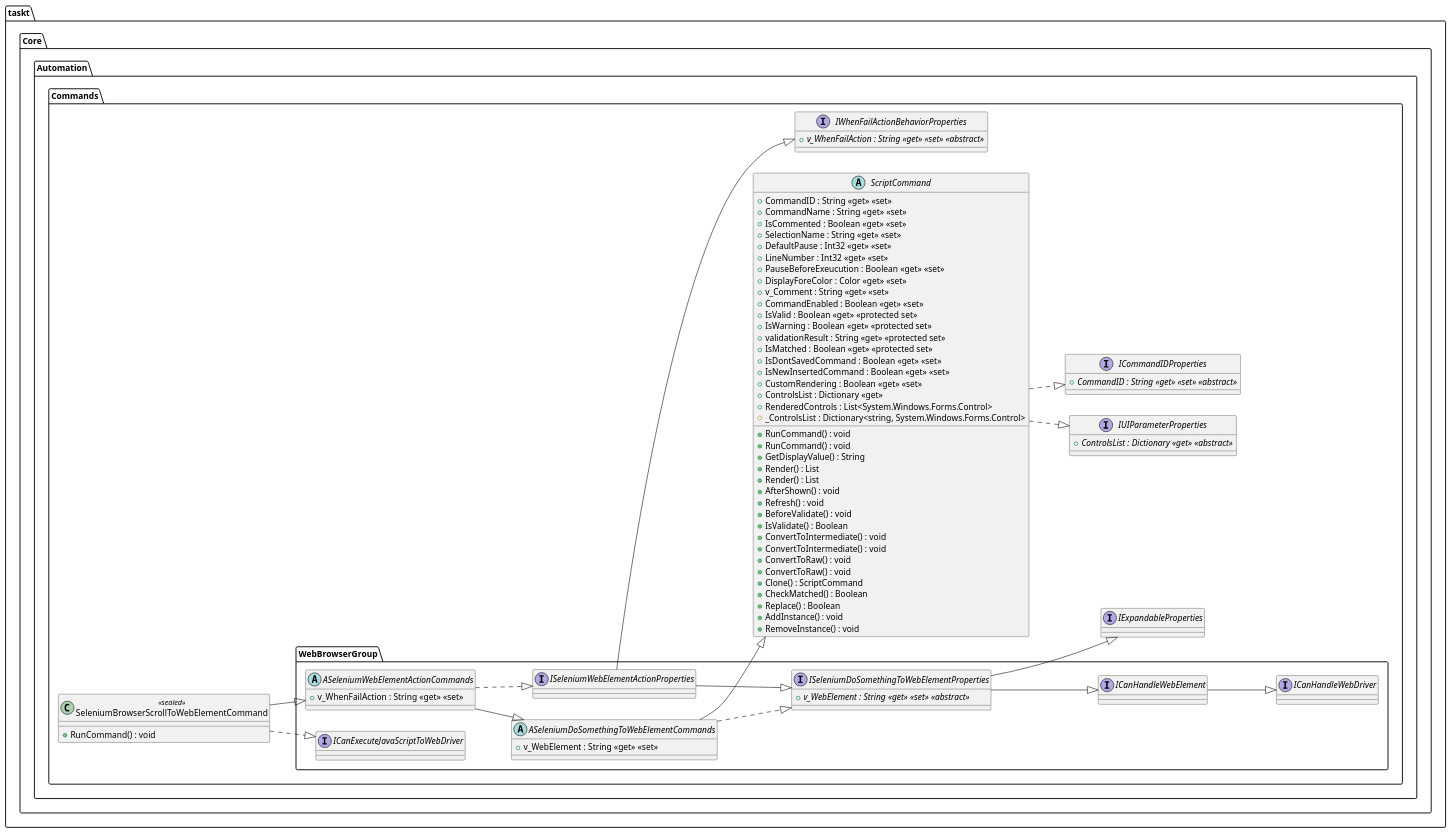
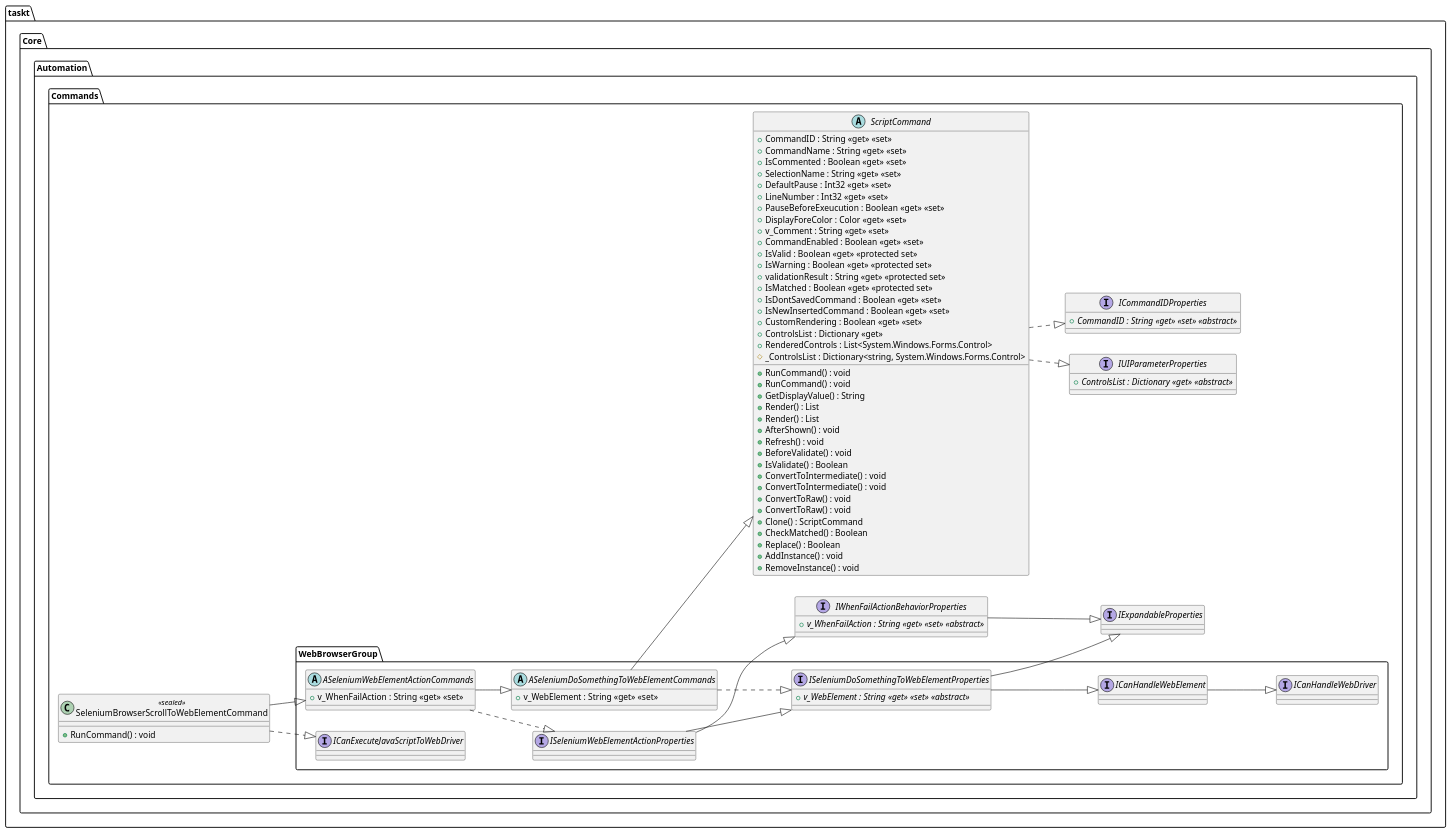
One commit to saucepleez/taskt changed the diagram in taskt/Core/Automation/Commands/WebBrowserGroup/SeleniumBrowserScrollToWebElementCommand.puml. Above: the diagram before and after it, drawn with PlantUML. The commit also changed 256 other files, not shown here.

```diff
--- a/taskt/Core/Automation/Commands/WebBrowserGroup/SeleniumBrowserScrollToWebElementCommand.puml
+++ b/taskt/Core/Automation/Commands/WebBrowserGroup/SeleniumBrowserScrollToWebElementCommand.puml
@@ -1,126 +1,127 @@
 @startuml
 left to right direction
 package "taskt.Core.Automation.Commands"{
 class "SeleniumBrowserScrollToWebElementCommand" <<sealed>> {
 +RunCommand() : void 
 }
 }
 
 package "taskt.Core.Automation.Commands.WebBrowserGroup"{
 abstract class "ASeleniumWebElementActionCommands"{
 +v_WhenFailAction : String <<get>> <<set>> 
 }
 }
 
 package "taskt.Core.Automation.Commands.WebBrowserGroup"{
 Interface "ICanExecuteJavaScriptToWebDriver" {
 }
 }
 
 package "taskt.Core.Automation.Commands.WebBrowserGroup"{
 abstract class "ASeleniumDoSomethingToWebElementCommands"{
 +v_WebElement : String <<get>> <<set>> 
 }
 }
 
 package "taskt.Core.Automation.Commands.WebBrowserGroup"{
 Interface "ISeleniumWebElementActionProperties" {
 }
 }
 
 package "taskt.Core.Automation.Commands"{
 abstract class "ScriptCommand"{
 +RunCommand() : void 
 +RunCommand() : void 
 +GetDisplayValue() : String
 +Render() : List
 +Render() : List
 +AfterShown() : void 
 +Refresh() : void 
 +BeforeValidate() : void 
 +IsValidate() : Boolean
 +ConvertToIntermediate() : void 
 +ConvertToIntermediate() : void 
 +ConvertToRaw() : void 
 +ConvertToRaw() : void 
 +Clone() : ScriptCommand
 +CheckMatched() : Boolean
 +Replace() : Boolean
 +AddInstance() : void 
 +RemoveInstance() : void 
 +CommandID : String <<get>> <<set>> 
 +CommandName : String <<get>> <<set>> 
 +IsCommented : Boolean <<get>> <<set>> 
 +SelectionName : String <<get>> <<set>> 
 +DefaultPause : Int32 <<get>> <<set>> 
 +LineNumber : Int32 <<get>> <<set>> 
 +PauseBeforeExeucution : Boolean <<get>> <<set>> 
 +DisplayForeColor : Color <<get>> <<set>> 
 +v_Comment : String <<get>> <<set>> 
 +CommandEnabled : Boolean <<get>> <<set>> 
 +IsValid : Boolean <<get>> <<protected set>>
 +IsWarning : Boolean <<get>> <<protected set>>
 +validationResult : String <<get>> <<protected set>>
 +IsMatched : Boolean <<get>> <<protected set>>
 +IsDontSavedCommand : Boolean <<get>> <<set>> 
 +IsNewInsertedCommand : Boolean <<get>> <<set>> 
 +CustomRendering : Boolean <<get>> <<set>> 
 +ControlsList : Dictionary <<get>> 
 +RenderedControls : List<System.Windows.Forms.Control>
 #_ControlsList : Dictionary<string, System.Windows.Forms.Control>
 }
 }
 
 package "taskt.Core.Automation.Commands.WebBrowserGroup"{
 Interface "ISeleniumDoSomethingToWebElementProperties" {
 +{abstract} v_WebElement : String <<get>> <<set>> <<abstract>> 
 }
 }
 
 package "taskt.Core.Automation.Commands"{
 Interface "IWhenFailActionBehaviorProperties" {
 +{abstract} v_WhenFailAction : String <<get>> <<set>> <<abstract>> 
 }
 }
 
 package "taskt.Core.Automation.Commands"{
 Interface "IUIParameterProperties" {
 +{abstract} ControlsList : Dictionary <<get>> <<abstract>> 
 }
 }
 
 package "taskt.Core.Automation.Commands"{
 Interface "ICommandIDProperties" {
 +{abstract} CommandID : String <<get>> <<set>> <<abstract>> 
 }
 }
 
 package "taskt.Core.Automation.Commands.WebBrowserGroup"{
 Interface "ICanHandleWebElement" {
 }
 }
 
 package "taskt.Core.Automation.Commands"{
 Interface "IExpandableProperties" {
 }
 }
 
 package "taskt.Core.Automation.Commands.WebBrowserGroup"{
 Interface "ICanHandleWebDriver" {
 }
 }
 
 taskt.Core.Automation.Commands.SeleniumBrowserScrollToWebElementCommand --|> taskt.Core.Automation.Commands.WebBrowserGroup.ASeleniumWebElementActionCommands
 taskt.Core.Automation.Commands.SeleniumBrowserScrollToWebElementCommand ..|> taskt.Core.Automation.Commands.WebBrowserGroup.ICanExecuteJavaScriptToWebDriver
 taskt.Core.Automation.Commands.WebBrowserGroup.ASeleniumWebElementActionCommands --|> taskt.Core.Automation.Commands.WebBrowserGroup.ASeleniumDoSomethingToWebElementCommands
 taskt.Core.Automation.Commands.WebBrowserGroup.ASeleniumWebElementActionCommands ..|> taskt.Core.Automation.Commands.WebBrowserGroup.ISeleniumWebElementActionProperties
 taskt.Core.Automation.Commands.WebBrowserGroup.ASeleniumDoSomethingToWebElementCommands --|> taskt.Core.Automation.Commands.ScriptCommand
 taskt.Core.Automation.Commands.WebBrowserGroup.ASeleniumDoSomethingToWebElementCommands ..|> taskt.Core.Automation.Commands.WebBrowserGroup.ISeleniumDoSomethingToWebElementProperties
 taskt.Core.Automation.Commands.WebBrowserGroup.ISeleniumWebElementActionProperties --|> taskt.Core.Automation.Commands.WebBrowserGroup.ISeleniumDoSomethingToWebElementProperties
 taskt.Core.Automation.Commands.WebBrowserGroup.ISeleniumWebElementActionProperties --|> taskt.Core.Automation.Commands.IWhenFailActionBehaviorProperties
 taskt.Core.Automation.Commands.ScriptCommand ..|> taskt.Core.Automation.Commands.IUIParameterProperties
 taskt.Core.Automation.Commands.ScriptCommand ..|> taskt.Core.Automation.Commands.ICommandIDProperties
 taskt.Core.Automation.Commands.WebBrowserGroup.ISeleniumDoSomethingToWebElementProperties --|> taskt.Core.Automation.Commands.WebBrowserGroup.ICanHandleWebElement
 taskt.Core.Automation.Commands.WebBrowserGroup.ISeleniumDoSomethingToWebElementProperties --|> taskt.Core.Automation.Commands.IExpandableProperties
+taskt.Core.Automation.Commands.IWhenFailActionBehaviorProperties --|> taskt.Core.Automation.Commands.IExpandableProperties
 taskt.Core.Automation.Commands.WebBrowserGroup.ICanHandleWebElement --|> taskt.Core.Automation.Commands.WebBrowserGroup.ICanHandleWebDriver
 @enduml
```
